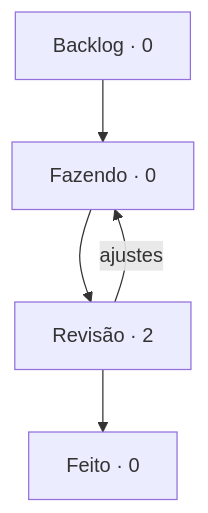
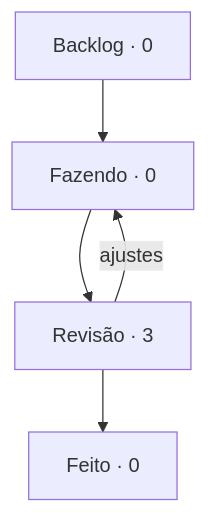
One commit to StudioVibi/VibiKanban changed the diagram in boards/harness/BOARD.md. Above: the diagram before and after it, drawn with Mermaid. The commit also changed other lines of this file and 2 other files, not shown here.

````diff
--- a/boards/harness/BOARD.md
+++ b/boards/harness/BOARD.md
@@ -5,10 +5,10 @@
 ```mermaid
 flowchart TD
   backlog["Backlog · 0"] --> doing["Fazendo · 0"]
-  doing --> review["Revisão · 2"]
+  doing --> review["Revisão · 3"]
   review --> done["Feito · 0"]
   review -->|ajustes| doing
   doing:::blue
   review:::yellow
   done:::green
 ```
````
